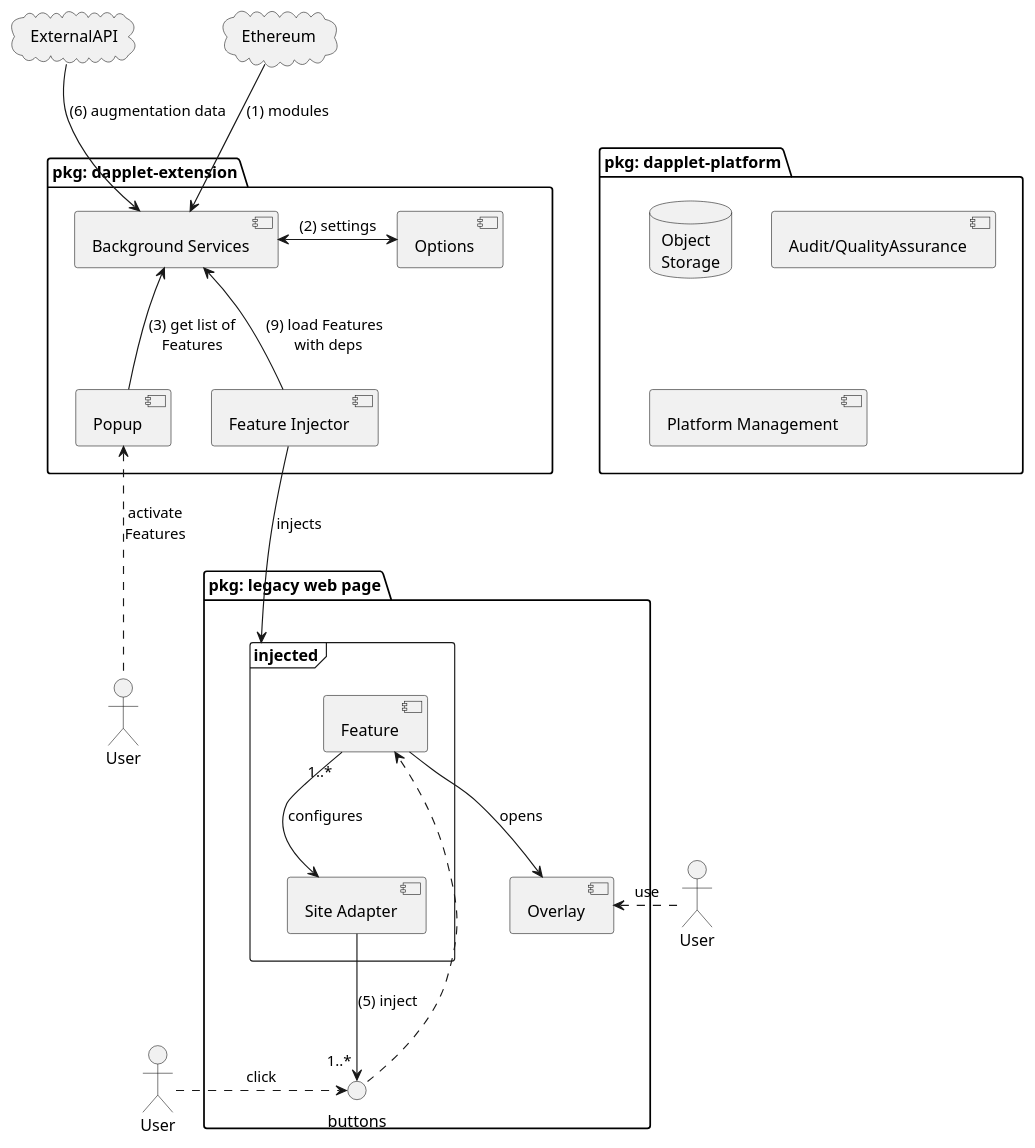
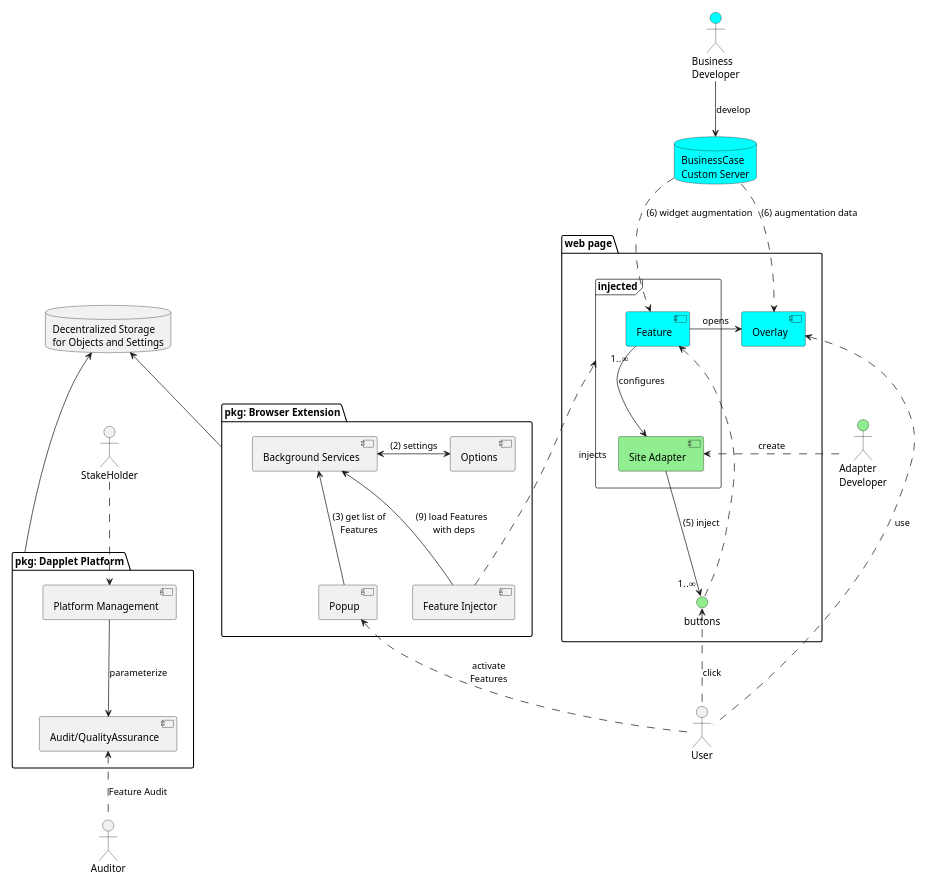
Before and after one commit to dapplets/dapplet-extension: the diagram in docs/uml/pic1-overview.puml, drawn with PlantUML. The commit also changed 2 other files, not shown here.

Commit message:
[+] more plantuml docs

```diff
--- a/docs/uml/pic1-overview.puml
+++ b/docs/uml/pic1-overview.puml
@@ -1,52 +1,62 @@
 @startuml "dapplet-extension"
+scale 800*1200
+skinparam componentStyle uml2
 
-cloud ExternalAPI
-cloud Ethereum
+database "BusinessCase\nCustom Server" as BusinessCase #Cyan
 
+package "web page" as Webpage {
+    [Overlay] #Cyan
+    frame "injected" {
+        [Site Adapter] as Adapter #lightgreen
+        [Feature] #Cyan
+        Feature "1..&#8734;" -down-> Adapter : configures 
+        Feature -> Overlay : opens
+    }
+    interface buttons #lightgreen
+    buttons "1..&#8734;" <-up- Adapter : (5) inject
+}
+actor User
+actor Auditor
+actor StakeHolder
+actor "Business\nDeveloper" as BusDev #Cyan
+actor "Adapter\nDeveloper" as AdapterDev #lightgreen
 
-package "pkg: legacy web page" as webpage {
-    [Overlay]
-    frame "injected" {
-        [Site Adapter] as Adapter
-        [Feature]
-        Feature "1..*" -down-> Adapter : configures 
-        Feature --> Overlay : opens
-    }
-    () buttons "1..*" <-up- Adapter : (5) inject
-}
-actor User as User1 
-actor User as User2
-actor User as User3
-User1 .right.> buttons : click
-User2 .left.> Overlay : use
+User .up.> buttons : click
+User .left.> Overlay : use
 
+database "Decentralized Storage\nfor Objects and Settings" as Storage
 
-package "pkg: dapplet-platform" as platform {
-    database "Object\nStorage" as Storage
-    [Audit/QualityAssurance]
-    [Platform Management]
+package "pkg: Dapplet Platform" as Platform {
+    [Audit/QualityAssurance] as AuditQA
+    [Platform Management] as DappletDAO
 }
 
-package "pkg: dapplet-extension" as plugin {
+package "pkg: Browser Extension" as Plugin {
     [Background Services] as Background
     [Popup]
     [Feature Injector] as InpageInjector
     [Options]
     Background <-- InpageInjector : (9) load Features \n with deps
     Background <-- Popup : (3) get list of\nFeatures
-    InpageInjector --> injected : injects
+    InpageInjector .> injected : injects
 
     Background <-> Options : (2) settings
-    Ethereum -down-> Background : (1) modules
-    ExternalAPI -down-> Background : (6) augmentation data
+    BusinessCase .down.> Feature : (6) widget augmentation
+    BusinessCase .down.> Overlay : (6) augmentation data
 
     buttons ..> Feature
 }
 
-User3 .up.> Popup : activate\nFeatures
+Platform -up-> Storage
+Plugin -up-> Storage
+User .up.> Popup : activate\nFeatures
+Auditor .up.> AuditQA : Feature Audit
+StakeHolder ..> DappletDAO
+AdapterDev .> Adapter : create
 ' Alignment Helper
-webpage -[hidden]- plugin
-plugin -[hidden]right- platform
-
+Webpage -[hidden]- Plugin
+Plugin -[hidden]- Platform
+DappletDAO -down-> AuditQA : parameterize
+BusDev -down-> BusinessCase: develop
 
 @enduml
```
